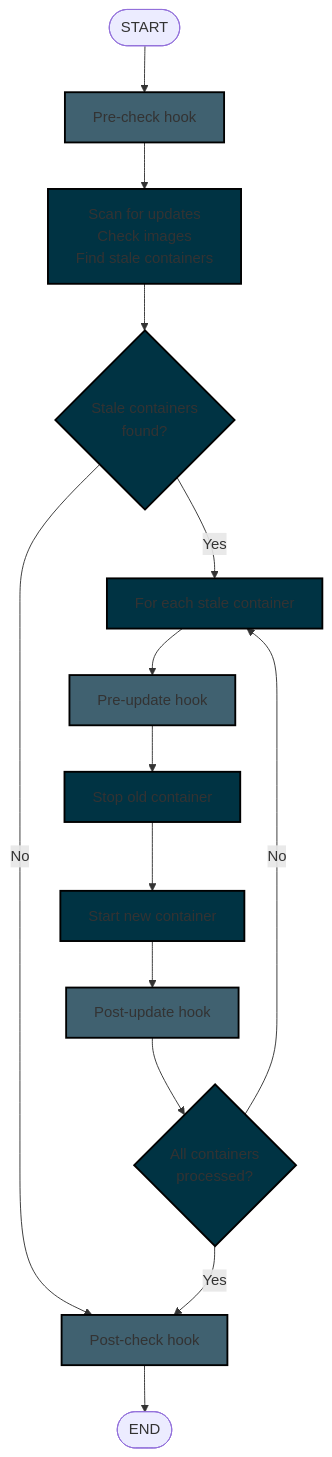
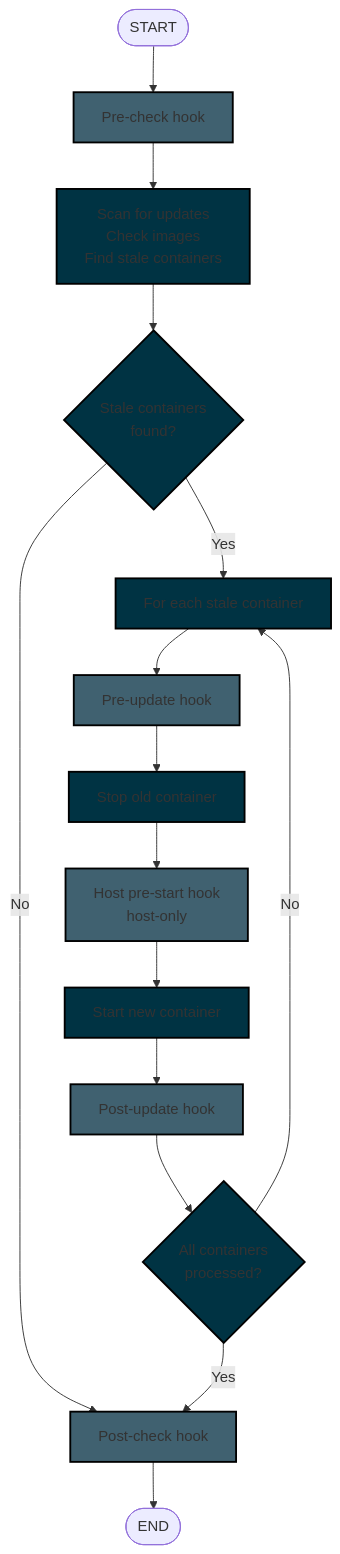
Before and after one commit to nicholas-fedor/watchtower: the diagram in docs/advanced-features/lifecycle-hooks/index.md, drawn with Mermaid. The commit also changed other lines of this file and 9 other files, not shown here.

Commit message:
feat: add host-pre-start hook

````diff
--- a/docs/advanced-features/lifecycle-hooks/index.md
+++ b/docs/advanced-features/lifecycle-hooks/index.md
@@ -510,30 +568,31 @@
 ```mermaid
 flowchart TD
     START([START])
     START --> PRECHECK
     PRECHECK[Pre-check hook]
     PRECHECK --> SCAN
     SCAN[Scan for updates<br/>Check images<br/>Find stale containers]
     SCAN --> DECISION{Stale containers<br/>found?}
     DECISION -->|No| POSTCHECK
     DECISION -->|Yes| LOOPSTART
     LOOPSTART[For each stale container]
     LOOPSTART --> PREUPDATE
     PREUPDATE[Pre-update hook]
     PREUPDATE --> STOP[Stop old container]
-    STOP --> STARTNEW[Start new container]
+    STOP --> PRESTART[Host pre-start hook<br/>host-only]
+    PRESTART --> STARTNEW[Start new container]
     STARTNEW --> POSTUPDATE[Post-update hook]
     POSTUPDATE --> LOOPEND{All containers<br/>processed?}
     LOOPEND -->|No| LOOPSTART
     LOOPEND -->|Yes| POSTCHECK
     POSTCHECK[Post-check hook]
     POSTCHECK --> END([END])
 
     classDef hook fill:#406170,stroke:#000,stroke-width:2px;
     classDef action fill:#003343,stroke:#000,stroke-width:2px;
     classDef decision fill:#003343,stroke:#000,stroke-width:2px;
 
-    class PRECHECK,PREUPDATE,POSTUPDATE,POSTCHECK hook
+    class PRECHECK,PREUPDATE,PRESTART,POSTUPDATE,POSTCHECK hook
     class SCAN,STOP,STARTNEW,LOOPSTART action
     class DECISION,LOOPEND decision
 ```
````
